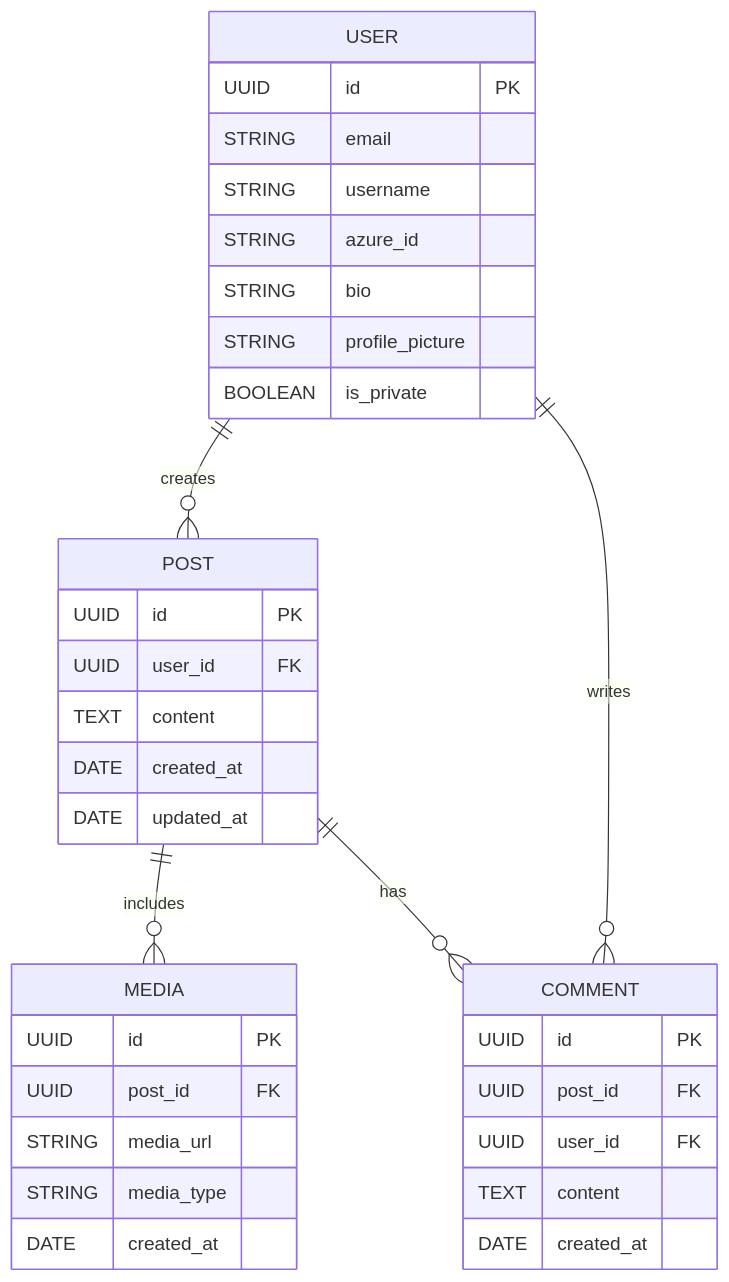
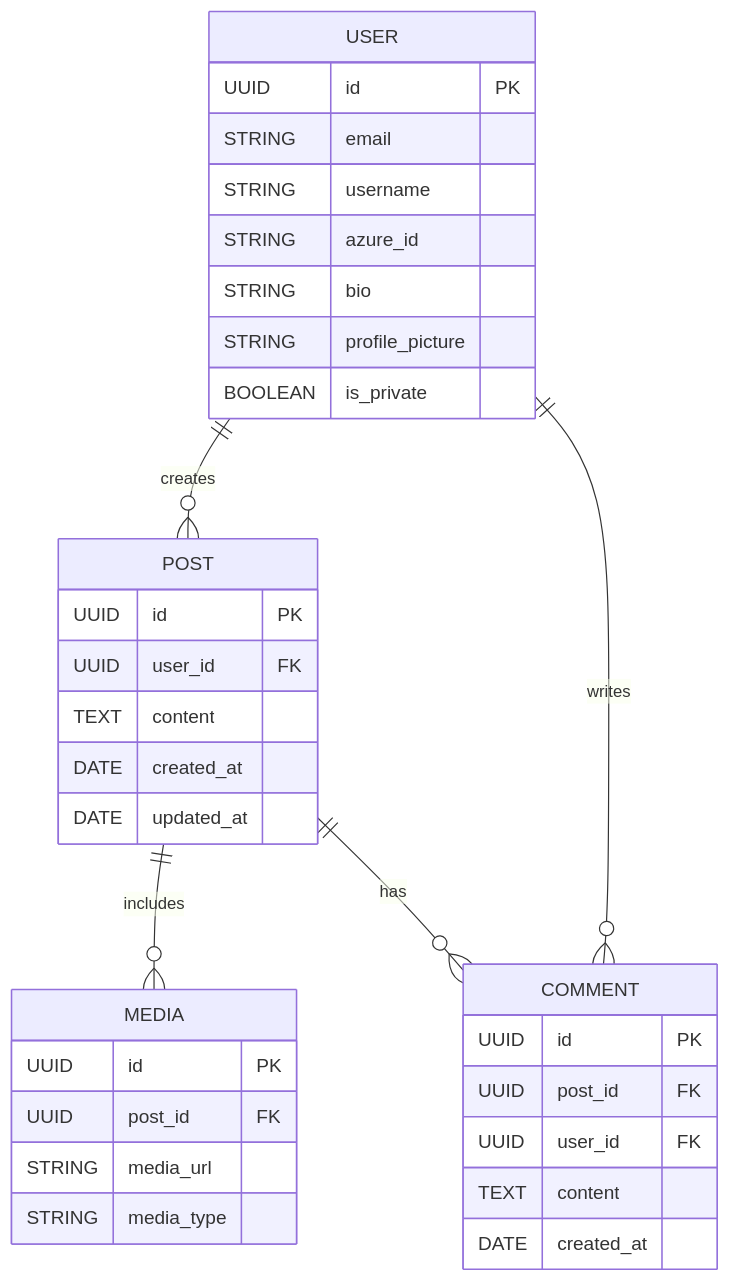
Before and after one commit to matheodrd/linkup: the diagram in docs/database.md, drawn with Mermaid. The commit also changed 1 other file, not shown here.

Commit message:
implement media models (#18)
* add Media models

* update database diagram

````diff
--- a/docs/database.md
+++ b/docs/database.md
@@ -5,41 +5,40 @@
 ```mermaid
 erDiagram
     USER {
         UUID id PK
         STRING email
         STRING username
         STRING azure_id
         STRING bio
         STRING profile_picture
         BOOLEAN is_private
     }
 
     POST {
         UUID id PK
         UUID user_id FK
         TEXT content
         DATE created_at
         DATE updated_at
     }
 
     MEDIA {
         UUID id PK
         UUID post_id FK
         STRING media_url
         STRING media_type
-        DATE created_at
     }
 
     COMMENT {
         UUID id PK
         UUID post_id FK
         UUID user_id FK
         TEXT content
         DATE created_at
     }
 
     USER ||--o{ POST : "creates"
     POST ||--o{ MEDIA : "includes"
     POST ||--o{ COMMENT : "has"
     USER ||--o{ COMMENT : "writes"
 ```
````
